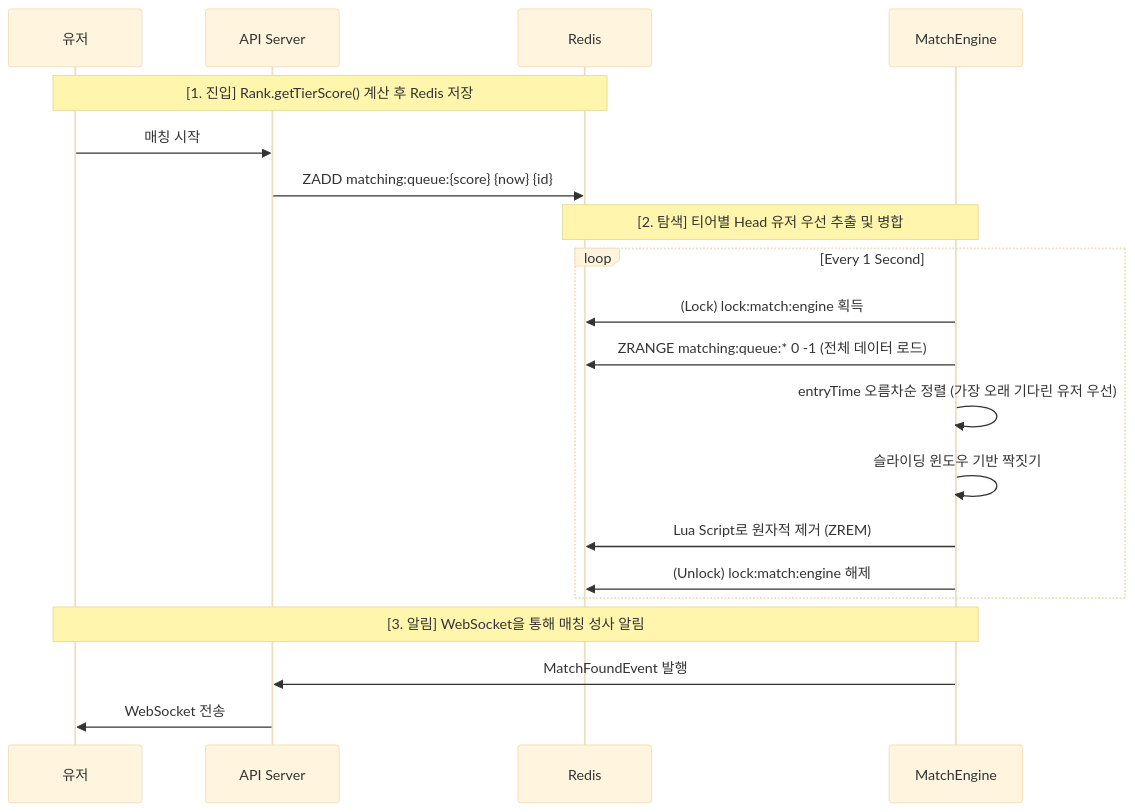
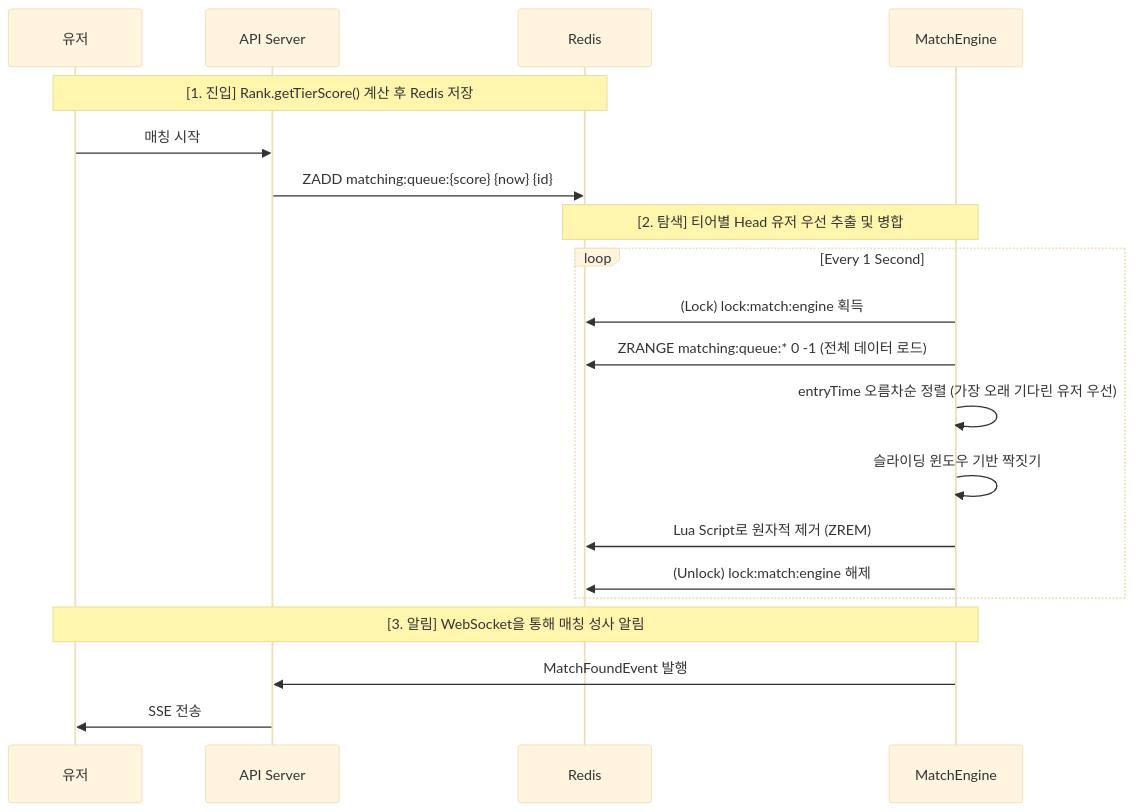
One commit to moonwhistle/League-of-Star changed the second of 2 diagrams in docs/project/matching-v1.md. Above: the diagram before and after it, drawn with Mermaid (base theme). The commit also changed other lines of this file and 161 other files, not shown here.

````diff
--- a/docs/project/matching-v1.md
+++ b/docs/project/matching-v1.md
@@ -71,25 +71,25 @@
 ```mermaid
 sequenceDiagram
     participant User as 유저
     participant API as API Server
     participant Redis as Redis
     participant Engine as MatchEngine
 
     Note over User, Redis: [1. 진입] Rank.getTierScore() 계산 후 Redis 저장
     User->>API: 매칭 시작
     API->>Redis: ZADD matching:queue:{score} {now} {id}
 
     Note over Redis, Engine: [2. 탐색] 티어별 Head 유저 우선 추출 및 병합
     loop Every 1 Second
         Engine->>Redis: (Lock) lock:match:engine 획득
         Engine->>Redis: ZRANGE matching:queue:* 0 -1 (전체 데이터 로드)
         Engine->>Engine: entryTime 오름차순 정렬 (가장 오래 기다린 유저 우선)
         Engine->>Engine: 슬라이딩 윈도우 기반 짝짓기
         Engine->>Redis: Lua Script로 원자적 제거 (ZREM)
         Engine->>Redis: (Unlock) lock:match:engine 해제
     end
 
     Note over User, Engine: [3. 알림] WebSocket을 통해 매칭 성사 알림
     Engine->>API: MatchFoundEvent 발행
-    API->>User: WebSocket 전송
+    API->>User: SSE 전송
 ```
````
